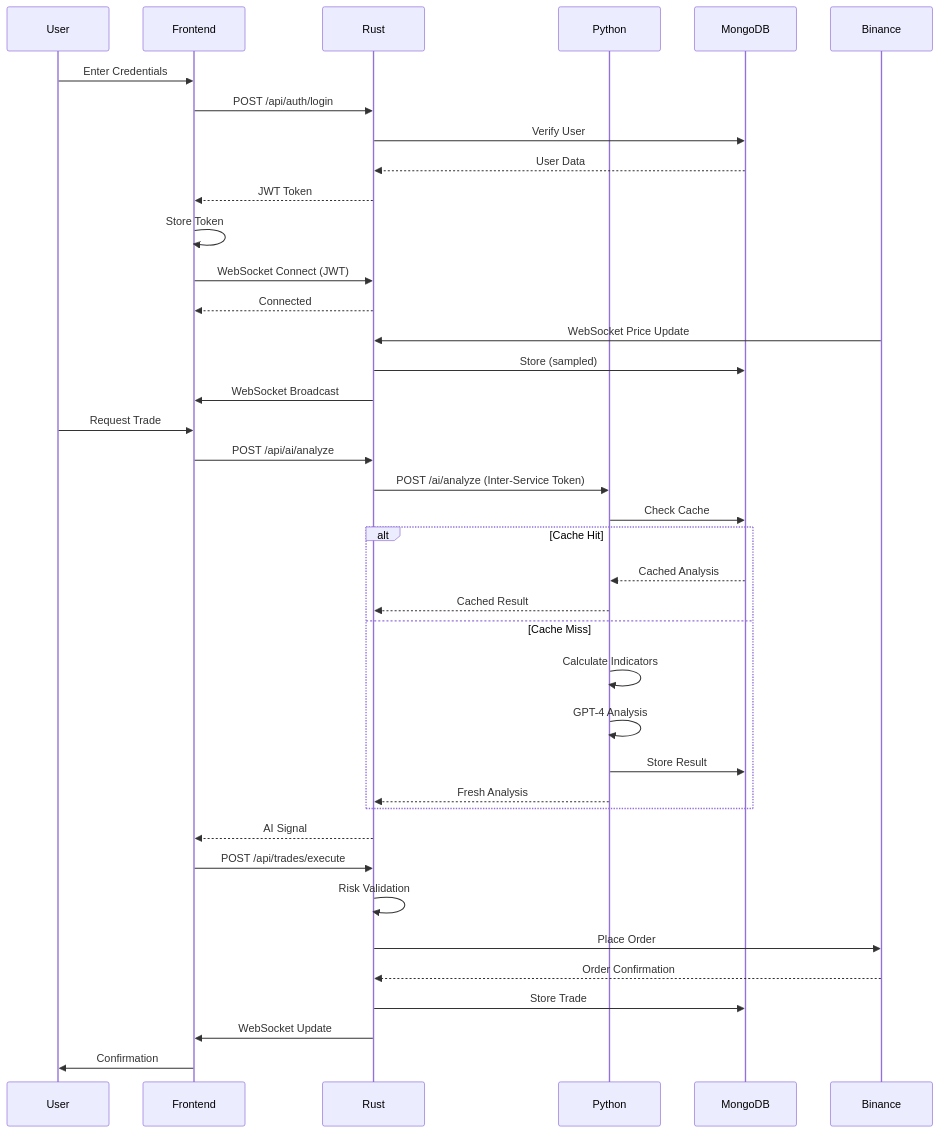
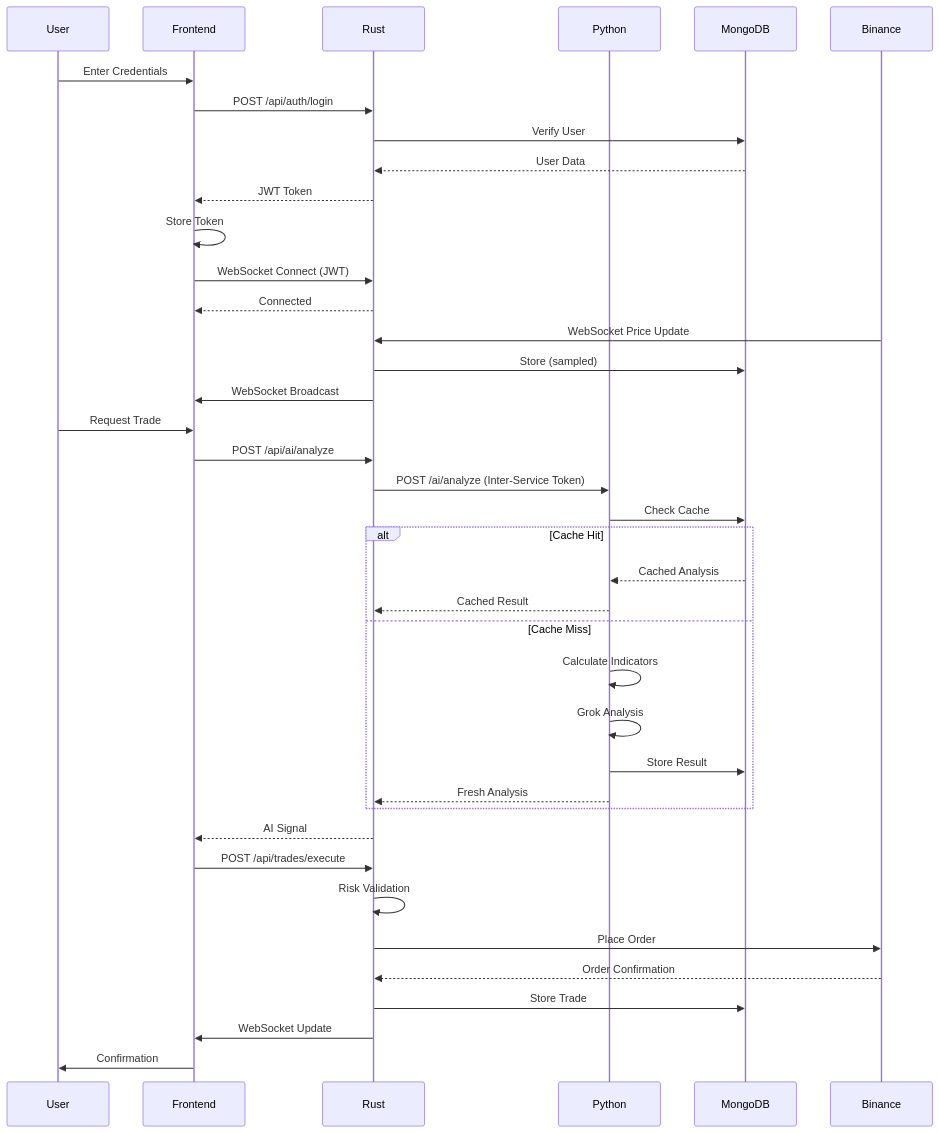
Before and after one commit to magic-ai-trading-bot/bot-core: the fourth of 4 diagrams in specifications/02-design/2.1-architecture/ARCH-MICROSERVICES.md, drawn with Mermaid. The commit also changed other lines of this file and 52 other files, not shown here.

````diff
--- a/specifications/02-design/2.1-architecture/ARCH-MICROSERVICES.md
+++ b/specifications/02-design/2.1-architecture/ARCH-MICROSERVICES.md
@@ -2278,51 +2288,51 @@
 ```mermaid
 sequenceDiagram
     participant User
     participant Frontend
     participant Rust
     participant Python
     participant MongoDB
     participant Binance
 
     %% User Login
     User->>Frontend: Enter Credentials
     Frontend->>Rust: POST /api/auth/login
     Rust->>MongoDB: Verify User
     MongoDB-->>Rust: User Data
     Rust-->>Frontend: JWT Token
     Frontend->>Frontend: Store Token
 
     %% WebSocket Connection
     Frontend->>Rust: WebSocket Connect (JWT)
     Rust-->>Frontend: Connected
 
     %% Market Data Stream
     Binance->>Rust: WebSocket Price Update
     Rust->>MongoDB: Store (sampled)
     Rust->>Frontend: WebSocket Broadcast
 
     %% AI Analysis Request
     User->>Frontend: Request Trade
     Frontend->>Rust: POST /api/ai/analyze
     Rust->>Python: POST /ai/analyze (Inter-Service Token)
     Python->>MongoDB: Check Cache
     alt Cache Hit
         MongoDB-->>Python: Cached Analysis
         Python-->>Rust: Cached Result
     else Cache Miss
         Python->>Python: Calculate Indicators
-        Python->>Python: GPT-4 Analysis
+        Python->>Python: Grok Analysis
         Python->>MongoDB: Store Result
         Python-->>Rust: Fresh Analysis
     end
     Rust-->>Frontend: AI Signal
 
     %% Trade Execution
     Frontend->>Rust: POST /api/trades/execute
     Rust->>Rust: Risk Validation
     Rust->>Binance: Place Order
     Binance-->>Rust: Order Confirmation
     Rust->>MongoDB: Store Trade
     Rust->>Frontend: WebSocket Update
     Frontend->>User: Confirmation
 ```
````
